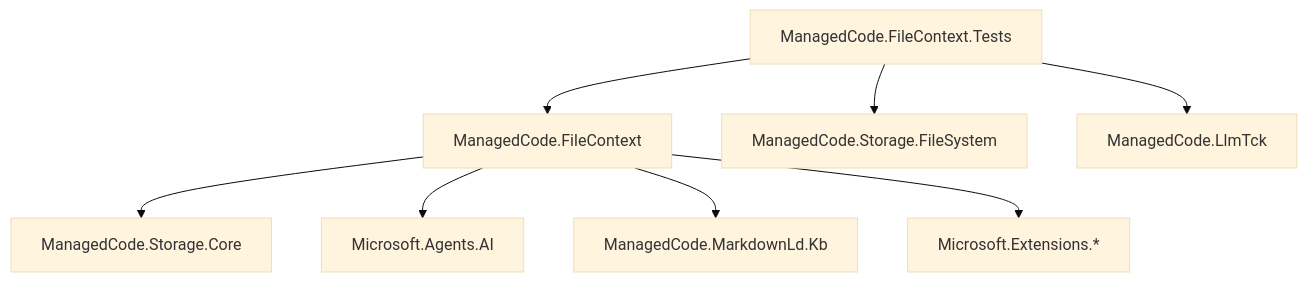
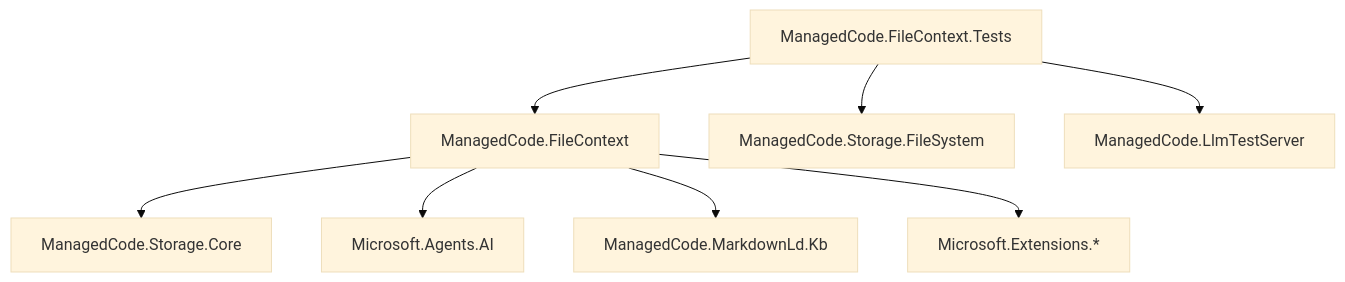
The third of 5 diagrams in docs/Architecture.md (managedcode/FileContext), drawn with Mermaid (base theme) before and after one commit. The commit also changed other lines of this file and 19 other files, not shown here.

Commit message:
Update LLM Test Server dependencies to1.0.0 and bump FileContext1.0.17

````diff
--- a/docs/Architecture.md
+++ b/docs/Architecture.md
@@ -62,10 +62,10 @@
 ```mermaid
 flowchart TD
   Product["ManagedCode.FileContext"] --> StorageCore["ManagedCode.Storage.Core"]
   Product --> AgentFramework["Microsoft.Agents.AI"]
   Product --> MarkdownLd["ManagedCode.MarkdownLd.Kb"]
   Product --> Extensions["Microsoft.Extensions.*"]
   Tests["ManagedCode.FileContext.Tests"] --> Product
   Tests --> FileSystem["ManagedCode.Storage.FileSystem"]
-  Tests --> LlmTck["ManagedCode.LlmTck"]
+  Tests --> LlmTestServer["ManagedCode.LlmTestServer"]
 ```
````
